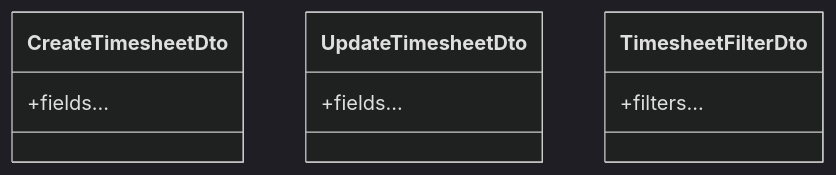
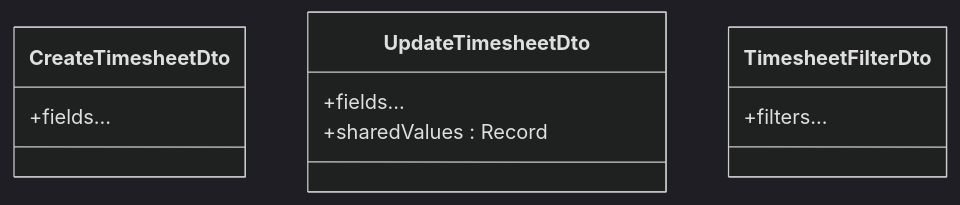
The fifth of 7 diagrams in .qoder/repowiki/en/content/Arquitetura Backend/Módulos do Sistema/Timesheet Semanal - Módulo Backend.md (RobertRuas/windlog), drawn with Mermaid (dark theme) before and after one commit. The commit also changed other lines of this file and 100 other files, not shown here.

````diff
--- a/.qoder/repowiki/en/content/Arquitetura Backend/Módulos do Sistema/Timesheet Semanal - Módulo Backend.md
+++ b/.qoder/repowiki/en/content/Arquitetura Backend/Módulos do Sistema/Timesheet Semanal - Módulo Backend.md
@@ -231,12 +257,13 @@
 ```mermaid
 classDiagram
 class CreateTimesheetDto {
 +fields...
 }
 class UpdateTimesheetDto {
 +fields...
++sharedValues : Record<string, string>
 }
 class TimesheetFilterDto {
 +filters...
 }
 ```
````
